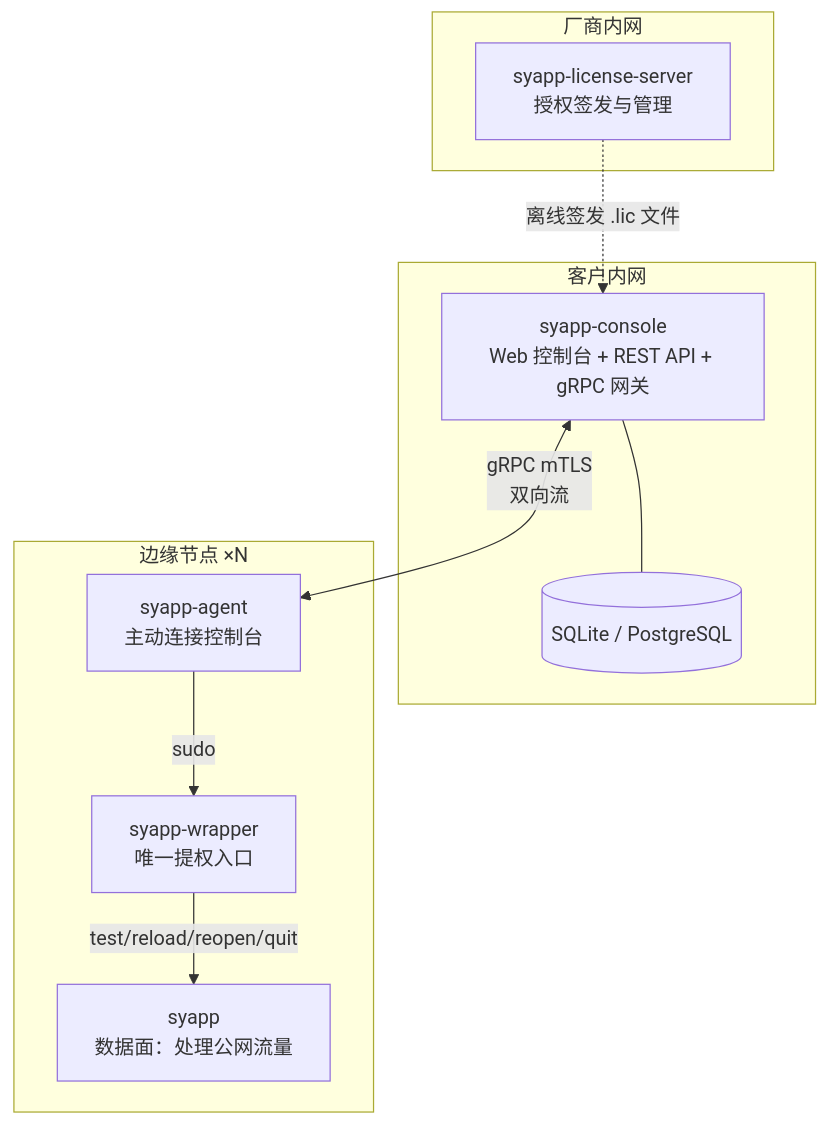
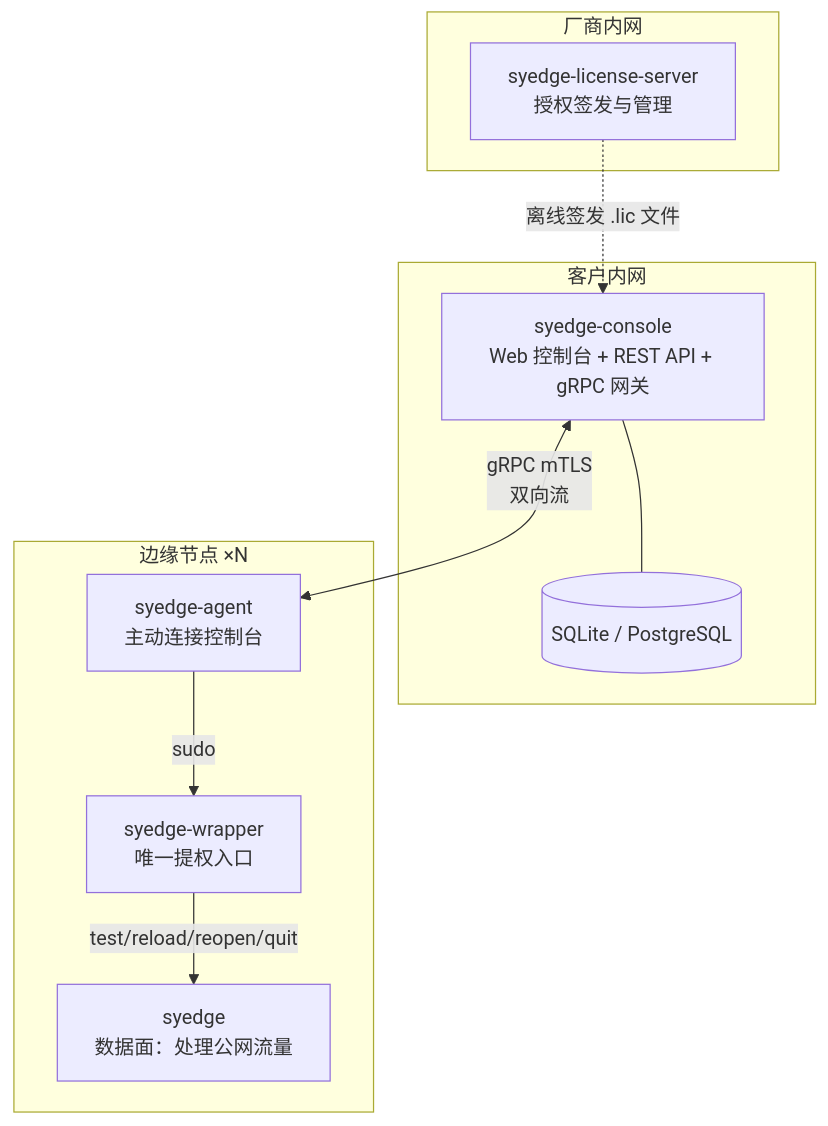
The first of 4 diagrams in docs/codebase_guide.md (xiaoguan521/edgetraffic-os), drawn with Mermaid before and after one commit. The commit also changed other lines of this file and 271 other files, not shown here.

````diff
--- a/docs/codebase_guide.md
+++ b/docs/codebase_guide.md
@@ -17,20 +17,20 @@
 ```mermaid
 graph TB
     subgraph 厂商内网
-        LS[syapp-license-server<br/>授权签发与管理]
+        LS[syedge-license-server<br/>授权签发与管理]
     end
     subgraph 客户内网
-        C[syapp-console<br/>Web 控制台 + REST API + gRPC 网关]
+        C[syedge-console<br/>Web 控制台 + REST API + gRPC 网关]
         DB[(SQLite / PostgreSQL)]
         C --- DB
     end
     subgraph 边缘节点_xN["边缘节点 ×N"]
-        A[syapp-agent<br/>主动连接控制台]
-        W[syapp-wrapper<br/>唯一提权入口]
-        S[syapp<br/>数据面：处理公网流量]
+        A[syedge-agent<br/>主动连接控制台]
+        W[syedge-wrapper<br/>唯一提权入口]
+        S[syedge<br/>数据面：处理公网流量]
         A -->|sudo| W
         W -->|test/reload/reopen/quit| S
     end
     C <-->|gRPC mTLS<br/>双向流| A
     LS -.->|离线签发 .lic 文件| C
 ```
````
